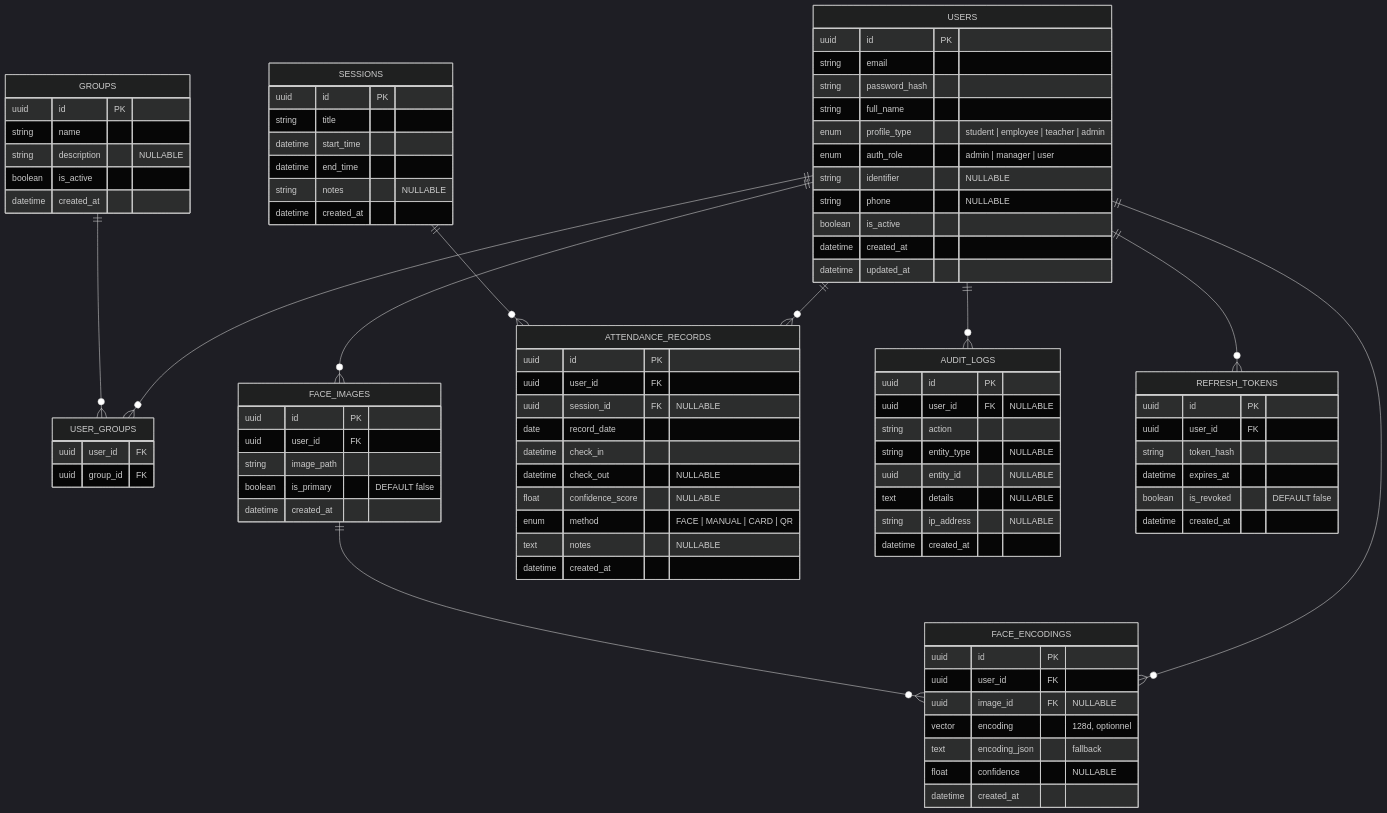
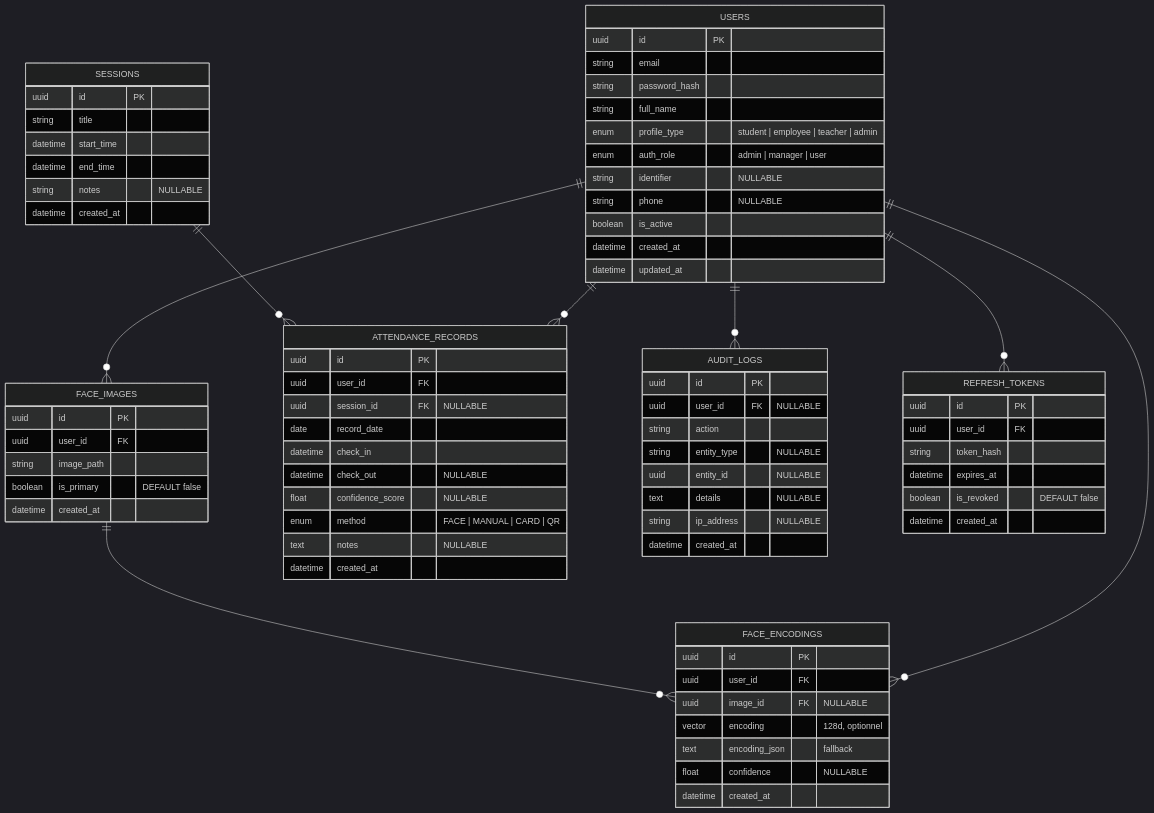
The diagram in data_base/schema.md (Abdurrahmane06/face-attendance-system), drawn with Mermaid (dark theme) before and after one commit. The commit also changed other lines of this file, not shown here.

````diff
--- a/data_base/schema.md
+++ b/data_base/schema.md
@@ -20,19 +20,6 @@
         boolean is_active
         datetime created_at
         datetime updated_at
-    }
-
-    GROUPS {
-        uuid id PK
-        string name
-        string description "NULLABLE"
-        boolean is_active
-        datetime created_at
-    }
-
-    USER_GROUPS {
-        uuid user_id FK
-        uuid group_id FK
     }
 
     SESSIONS {
@@ -100,8 +87,6 @@
     USERS ||--o{ ATTENDANCE_RECORDS : ""
     USERS ||--o{ AUDIT_LOGS : ""
     USERS ||--o{ REFRESH_TOKENS : ""
-    USERS ||--o{ USER_GROUPS : ""
-    GROUPS ||--o{ USER_GROUPS : ""
     SESSIONS ||--o{ ATTENDANCE_RECORDS : ""
     FACE_IMAGES ||--o{ FACE_ENCODINGS : ""
 ```
````
